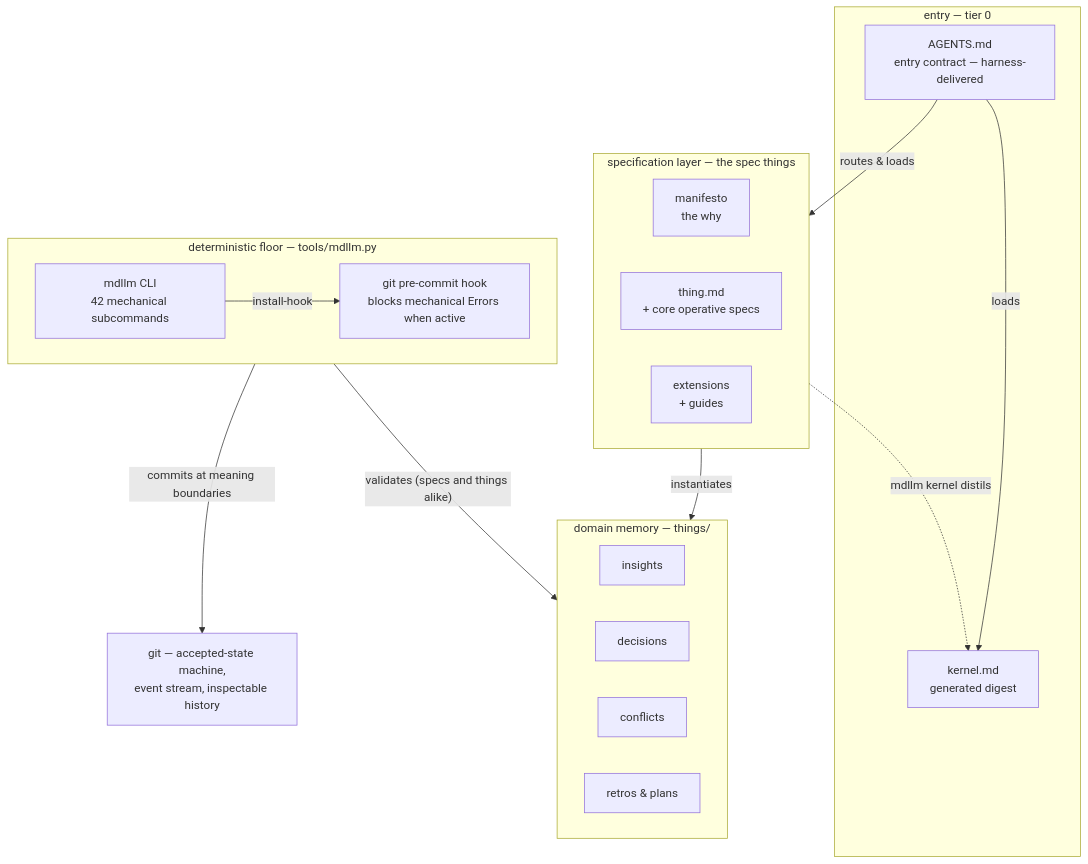
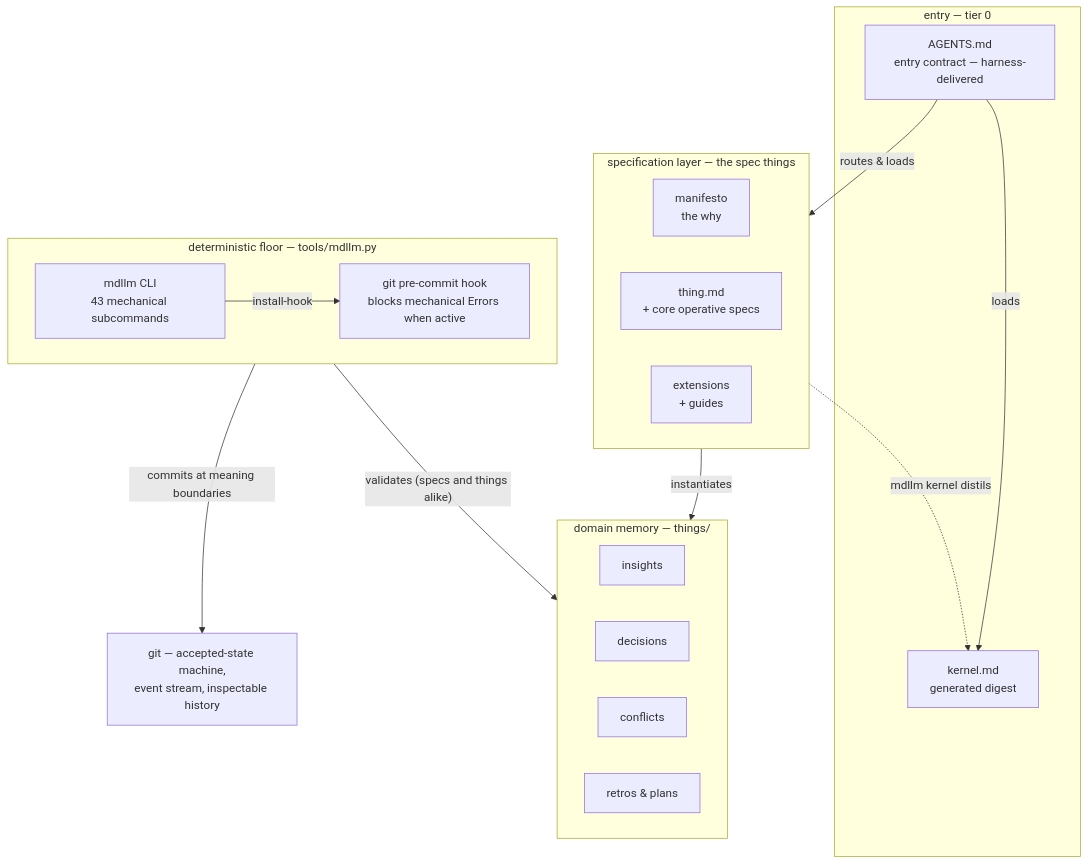
The first of 5 diagrams in docs/framework-map.md (JanoshMoshiri/MarkdownLLM), drawn with Mermaid before and after one commit. The commit also changed other lines of this file and 13 other files, not shown here.

````diff
--- a/docs/framework-map.md
+++ b/docs/framework-map.md
@@ -63,49 +63,49 @@
 ```mermaid
 flowchart TD
     accTitle: View 1 - the five bands of the framework, read top-down as a session's life
     accDescr {
         Five stacked bands. The entry band, tier 0, holds AGENTS.md as the
         harness-delivered entry contract and kernel.md as a generated digest. Below
         it the specification layer holds the spec things: the manifesto for the
         why, thing.md with the core operative specs, and the extension and guide
         specs. Below that, domain memory in the things directory holds insights,
         decisions, conflicts, retrospectives and plans. Below that, the
-        deterministic floor is tools/mdllm.py, providing the mdllm CLI with 42
+        deterministic floor is tools/mdllm.py, providing the mdllm CLI with 43
         mechanical subcommands and a git pre-commit hook that, when current and
         runnable, blocks commits with mechanical Errors. At the base, git is
         the accepted-state machine, event stream and inspectable audit aid.
         The edges run as follows. AGENTS.md loads the kernel and routes
         to the specs. The specs distil back up into the kernel via mdllm
         kernel, which is why that one edge points upward. The specs instantiate
         domain memory. The CLI installs the hook. The floor validates memory,
         specs and things alike, and commits at meaning boundaries into git.
     }
     subgraph entry ["entry — tier 0"]
         AGENTS["AGENTS.md<br/>entry contract — harness-delivered"]
         KERNEL["kernel.md<br/>generated digest"]
     end
     subgraph specs ["specification layer — the spec things"]
         MANIFESTO["manifesto<br/>the why"]
         THING["thing.md<br/>+ core operative specs"]
         EXT["extensions<br/>+ guides"]
     end
     subgraph memory ["domain memory — things/"]
         INSIGHTS["insights"]
         DECISIONS["decisions"]
         CONFLICTS["conflicts"]
         RETROS["retros & plans"]
     end
     subgraph floor ["deterministic floor — tools/mdllm.py"]
-        MDLLM["mdllm CLI<br/>42 mechanical subcommands"]
+        MDLLM["mdllm CLI<br/>43 mechanical subcommands"]
         HOOK["git pre-commit hook<br/>blocks mechanical Errors when active"]
     end
     GIT["git — accepted-state machine,<br/>event stream, inspectable history"]
 
     AGENTS -->|loads| KERNEL
     AGENTS -->|routes & loads| specs
     specs -.->|"mdllm kernel distils"| KERNEL
     specs -->|instantiates| memory
     MDLLM -->|install-hook| HOOK
     floor -->|"validates (specs and things alike)"| memory
     floor -->|commits at meaning boundaries| GIT
 ```
````
